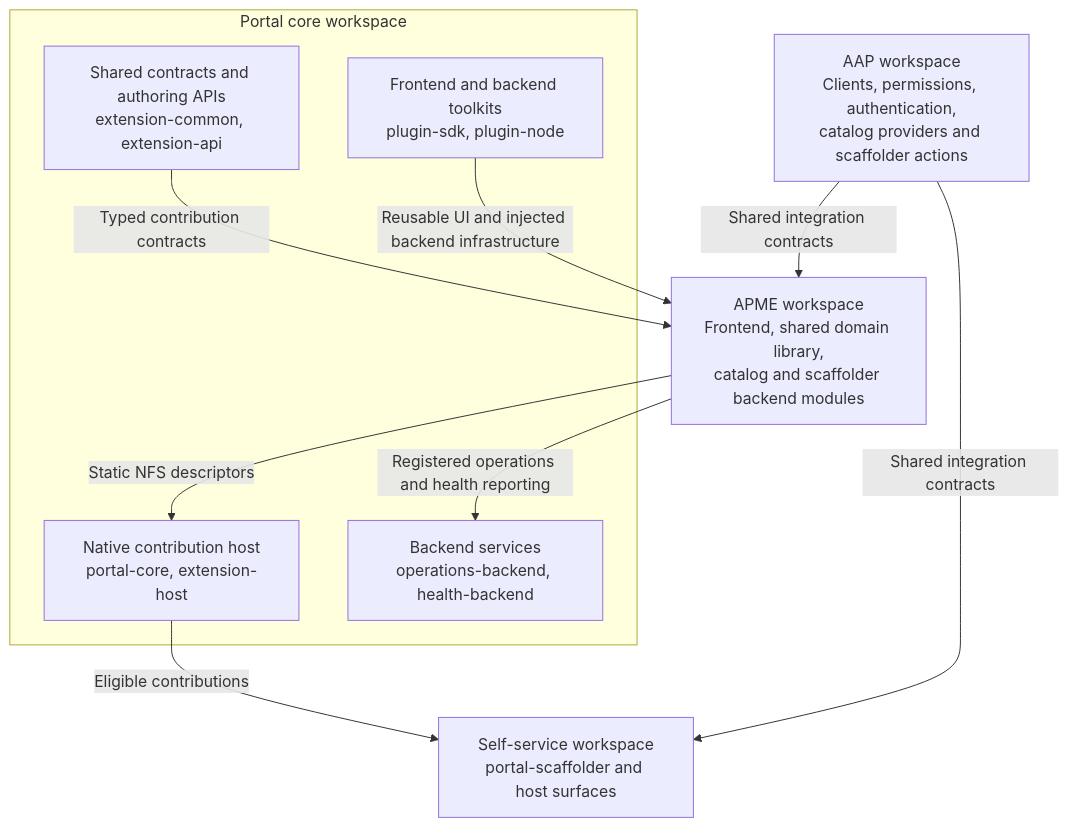
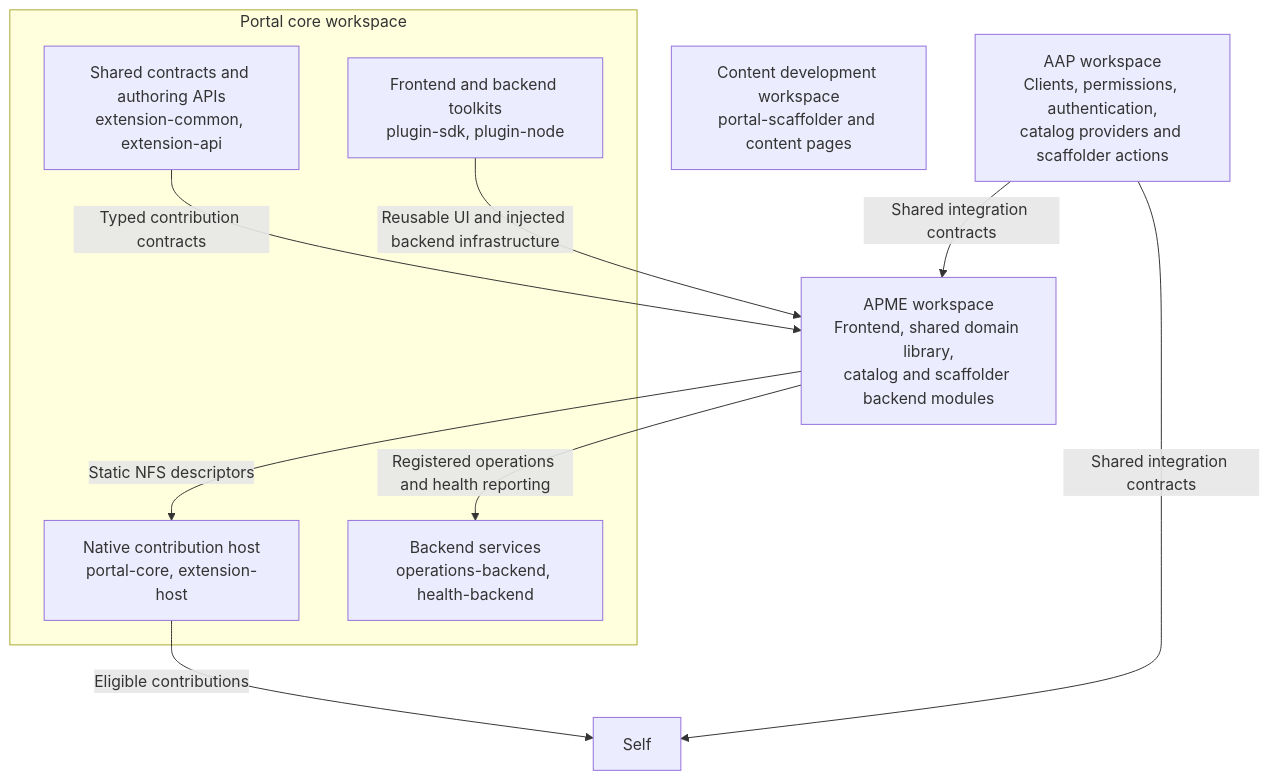
Before and after one commit to ansible/ansible-backstage-plugins: the diagram in workspaces/README.md, drawn with Mermaid. The commit also changed other lines of this file and 9 other files, not shown here.

Commit message:
docs: align scaffolder docs with content-development workspace

````diff
--- a/workspaces/README.md
+++ b/workspaces/README.md
@@ -23,20 +23,20 @@
 ```mermaid
 flowchart TB
   subgraph Portal["Portal core workspace"]
     Contracts["Shared contracts and authoring APIs<br/>extension-common, extension-api"]
     Host["Native contribution host<br/>portal-core, extension-host"]
     SDK["Frontend and backend toolkits<br/>plugin-sdk, plugin-node"]
     Services["Backend services<br/>operations-backend, health-backend"]
   end
-  Self["Self-service workspace<br/>portal-scaffolder and host surfaces"]
+  ContentDevelopment["Content development workspace<br/>portal-scaffolder and content pages"]
   APME["APME workspace<br/>Frontend, shared domain library,<br/>catalog and scaffolder backend modules"]
   AAP["AAP workspace<br/>Clients, permissions, authentication,<br/>catalog providers and scaffolder actions"]
 
   Contracts -->|"Typed contribution contracts"| APME
   SDK -->|"Reusable UI and injected backend infrastructure"| APME
   APME -->|"Static NFS descriptors"| Host
   Host -->|"Eligible contributions"| Self
   APME -->|"Registered operations and health reporting"| Services
   AAP -->|"Shared integration contracts"| Self
   AAP -->|"Shared integration contracts"| APME
 ```
````
